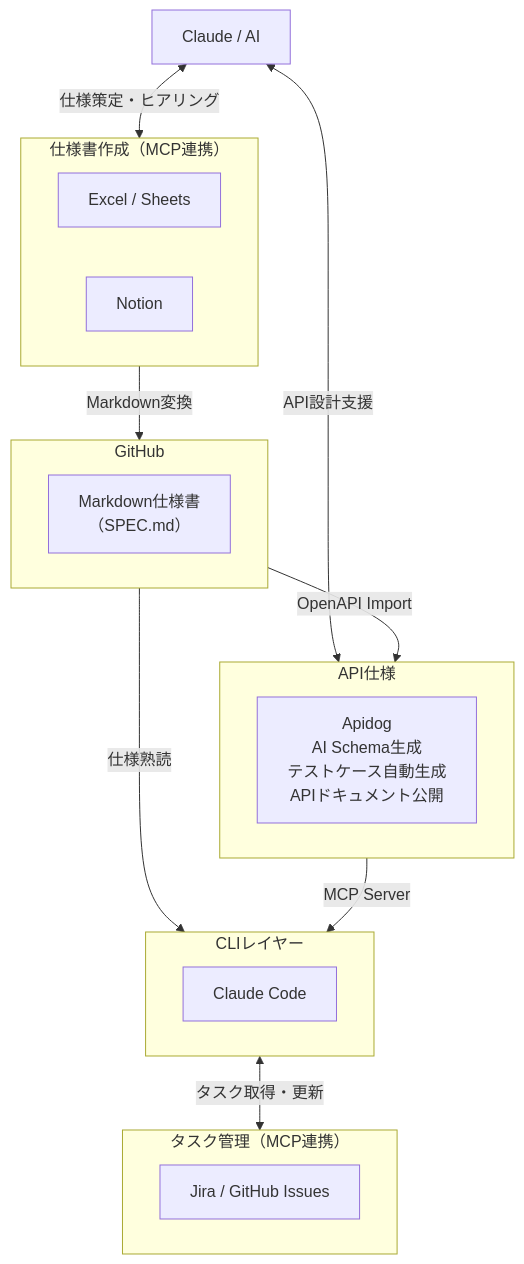
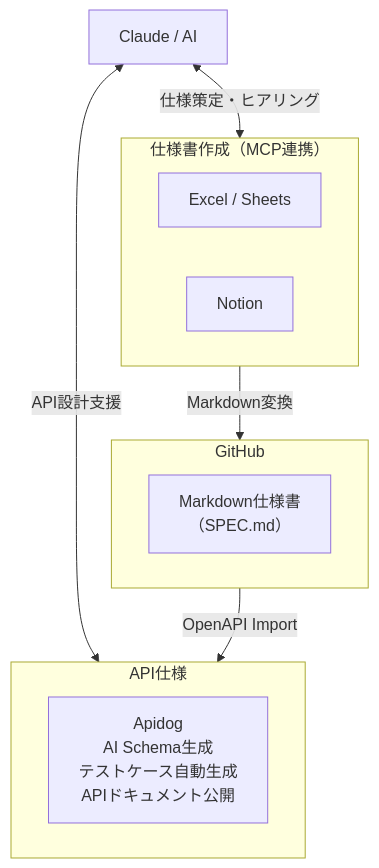
Before and after one commit to takuma39/ai: diagram 12 of 38 in AI駆動開発.md, drawn with Mermaid. The commit also changed other lines of this file, not shown here.

````diff
--- a/AI駆動開発.md
+++ b/AI駆動開発.md
@@ -371,33 +372,22 @@
 ```mermaid
 graph TD
     Claude["Claude / AI"]
 
     subgraph specs["仕様書作成（MCP連携）"]
         Excel["Excel / Sheets"]
         NotionTool["Notion"]
     end
 
     subgraph apispec["API仕様"]
         Apidog["Apidog<br/>AI Schema生成<br/>テストケース自動生成<br/>APIドキュメント公開"]
     end
 
     subgraph github["GitHub"]
         MD["Markdown仕様書<br/>（SPEC.md）"]
     end
 
-    subgraph tasks["タスク管理（MCP連携）"]
-        Jira["Jira / GitHub Issues"]
-    end
-
-    subgraph cli["CLIレイヤー"]
-        CC["Claude Code"]
-    end
-
     Claude <-->|"仕様策定・ヒアリング"| specs
     Claude <-->|"API設計支援"| apispec
     specs -->|"Markdown変換"| github
     github -->|"OpenAPI Import"| apispec
-    cli <-->|"タスク取得・更新"| tasks
-    github -->|"仕様熟読"| cli
-    apispec -->|"MCP Server"| cli
 ```
````
